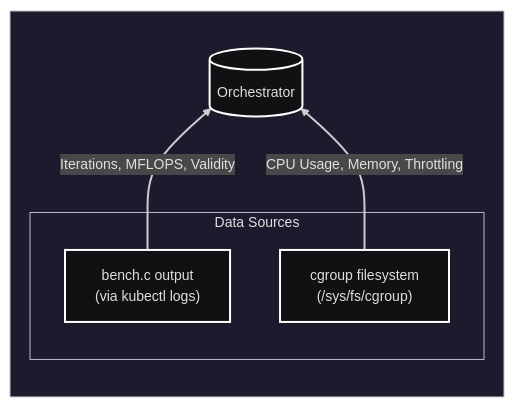
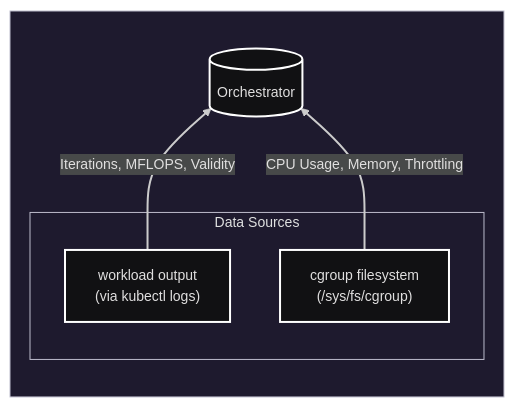
Before and after one commit to petrosbal/krater: the second of 3 diagrams in README.md, drawn with Mermaid. The commit also changed other lines of this file and 1 other file, not shown here.

Commit message:
remove bench.c, superseded by the matmul workload

````diff
--- a/README.md
+++ b/README.md
@@ -203,21 +207,21 @@
 ```mermaid
 ---
 config:
   look: classic
   theme: redux-dark
 ---
 flowchart TB
  subgraph DataSources["Data Sources"]
-        PodLogs["bench.c output 
+        PodLogs["workload output 
         (via kubectl logs)"]
         Cgroups["cgroup filesystem 
         (/sys/fs/cgroup)"]
   end
  subgraph Host[" "]
   direction BT
         Orchestrator[("Orchestrator")]
         DataSources
   end
     PodLogs -- Iterations, MFLOPS, Validity --> Orchestrator
     Cgroups -- CPU Usage, Memory, Throttling --> Orchestrator
 ```
````
